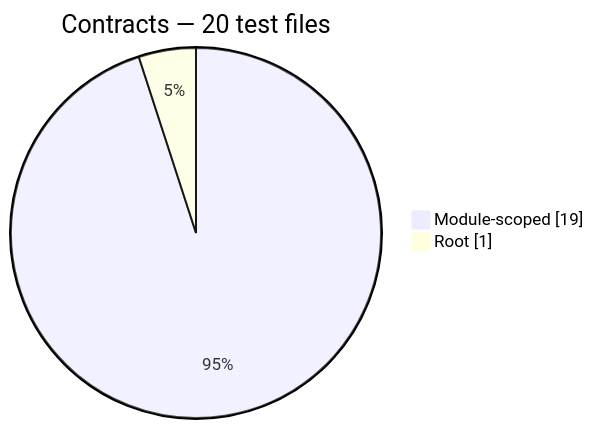
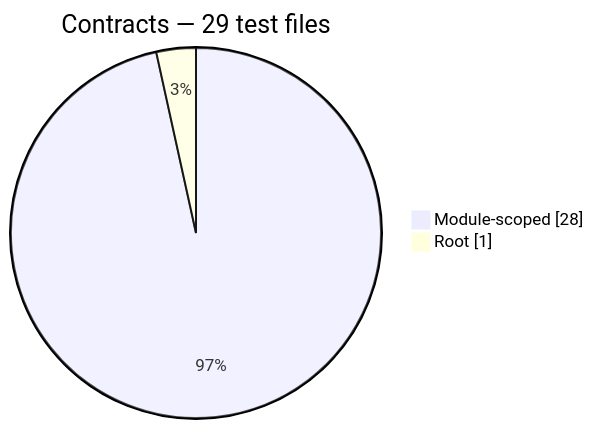
One commit to Mohammed-Alama/php-arazzo changed the first of 7 diagrams in docs/generated/test-composition.md. Above: the diagram before and after it, drawn with Mermaid. The commit also changed other lines of this file and 144 other files, not shown here.

````diff
--- a/docs/generated/test-composition.md
+++ b/docs/generated/test-composition.md
@@ -14,6 +14,6 @@
 ```mermaid
 pie showData
-    title Contracts — 20 test files
-    "Module-scoped": 19
+    title Contracts — 29 test files
+    "Module-scoped": 28
     "Root": 1
 ```
````
